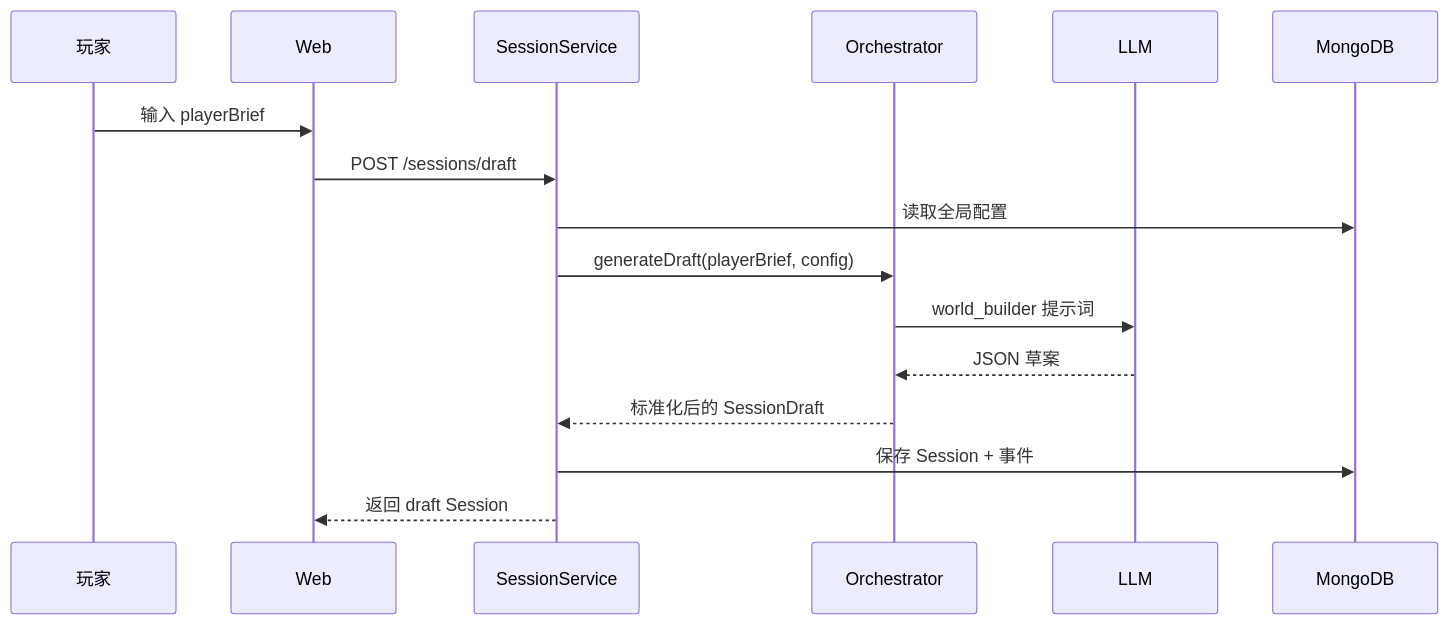
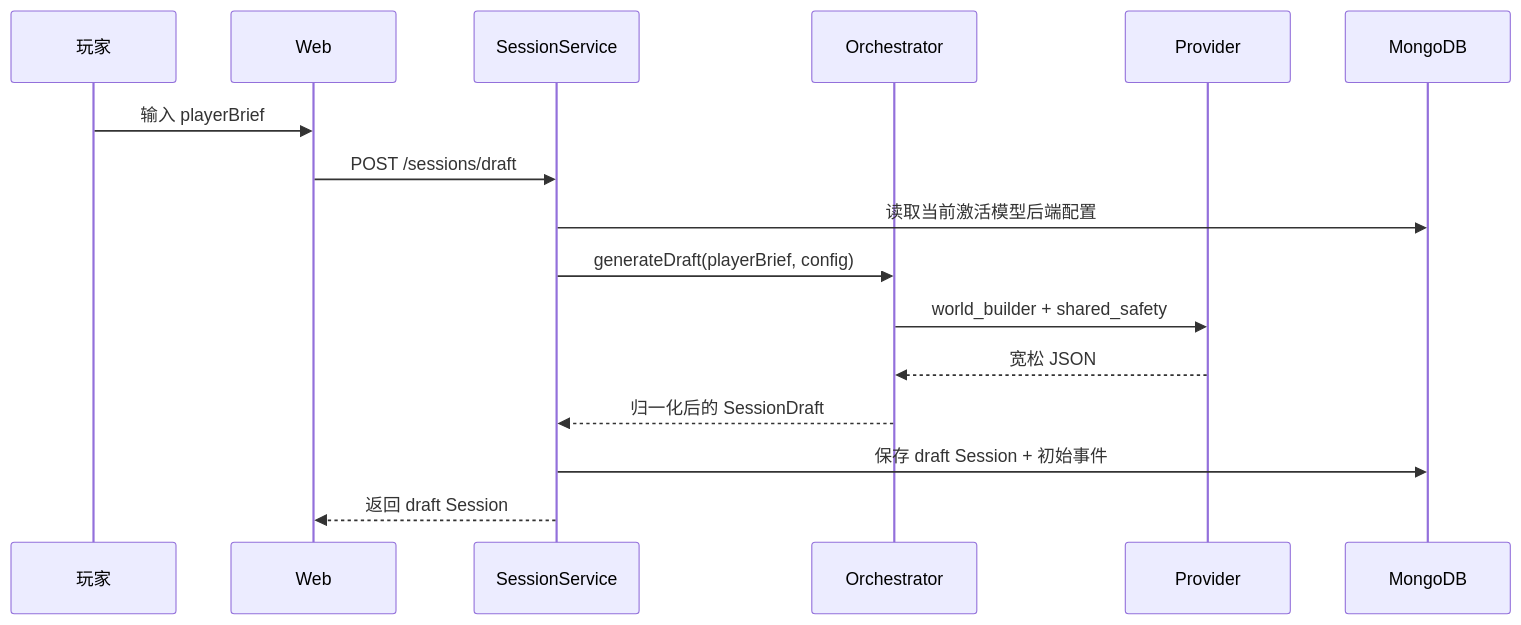
One commit to BobH233/DGLab-AI changed the second of 3 diagrams in doc/architecture.md. Above: the diagram before and after it, drawn with Mermaid. The commit also changed other lines of this file and 7 other files, not shown here.

````diff
--- a/doc/architecture.md
+++ b/doc/architecture.md
@@ -66,19 +90,19 @@
 ```mermaid
 sequenceDiagram
     participant U as 玩家
     participant W as Web
     participant S as SessionService
     participant O as Orchestrator
-    participant L as LLM
+    participant P as Provider
     participant M as MongoDB
 
     U->>W: 输入 playerBrief
     W->>S: POST /sessions/draft
-    S->>M: 读取全局配置
+    S->>M: 读取当前激活模型后端配置
     S->>O: generateDraft(playerBrief, config)
-    O->>L: world_builder 提示词
-    L-->>O: JSON 草案
-    O-->>S: 标准化后的 SessionDraft
-    S->>M: 保存 Session + 事件
+    O->>P: world_builder + shared_safety
+    P-->>O: 宽松 JSON
+    O-->>S: 归一化后的 SessionDraft
+    S->>M: 保存 draft Session + 初始事件
     S-->>W: 返回 draft Session
 ```
````
